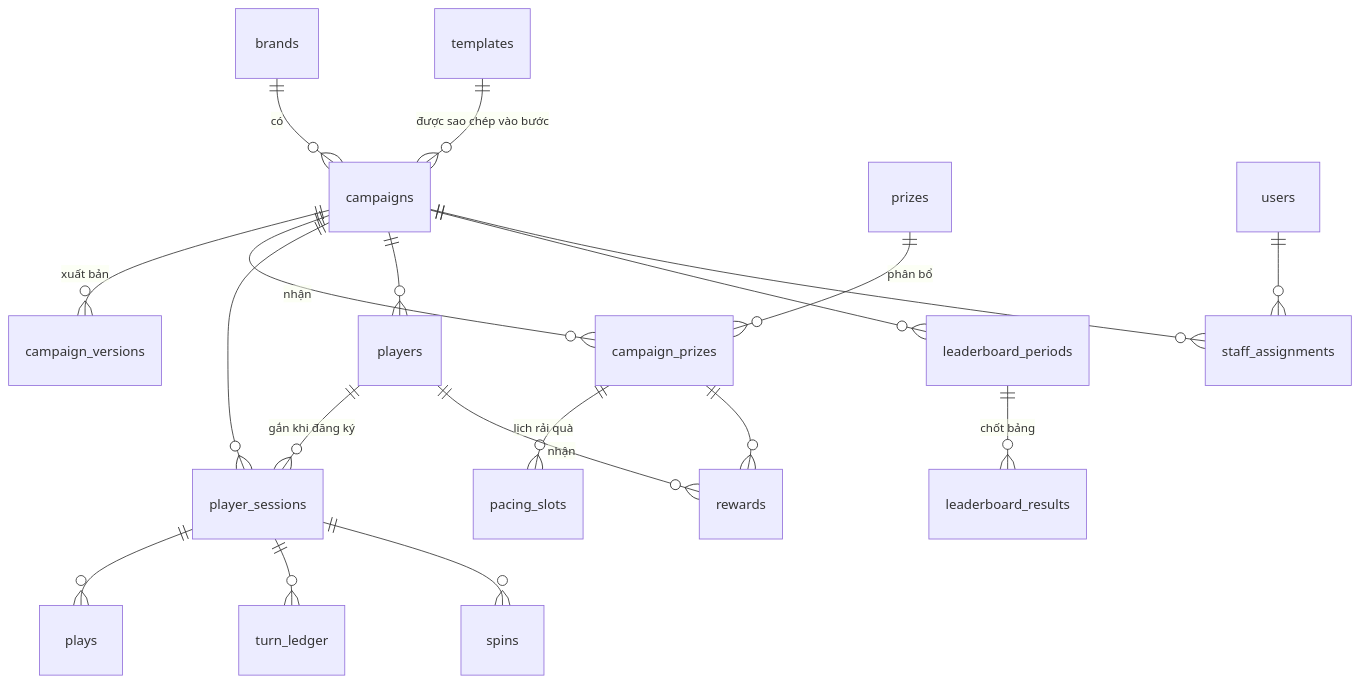
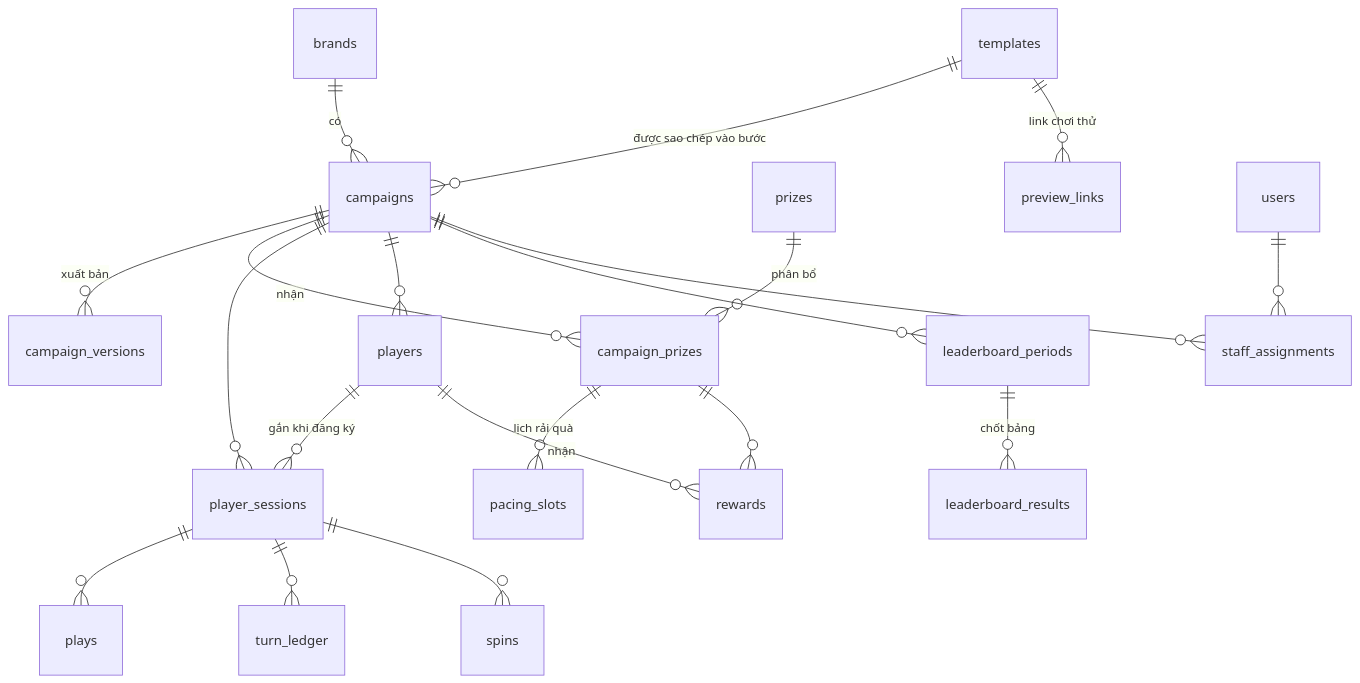
Before and after one commit to tungpt2607/game-hub: the diagram in docs/03-du-lieu.md, drawn with Mermaid. The commit also changed other lines of this file and 7 other files, not shown here.

First line of the commit message:
Thêm link chơi thử cho mỗi template

````diff
--- a/docs/03-du-lieu.md
+++ b/docs/03-du-lieu.md
@@ -7,21 +7,22 @@
 ```mermaid
 erDiagram
   brands ||--o{ campaigns : "có"
   templates ||--o{ campaigns : "được sao chép vào bước"
   campaigns ||--o{ campaign_versions : "xuất bản"
   prizes ||--o{ campaign_prizes : "phân bổ"
   campaigns ||--o{ campaign_prizes : "nhận"
   campaign_prizes ||--o{ pacing_slots : "lịch rải quà"
+  templates ||--o{ preview_links : "link chơi thử"
   campaigns ||--o{ player_sessions : ""
   campaigns ||--o{ players : ""
   players ||--o{ player_sessions : "gắn khi đăng ký"
   player_sessions ||--o{ plays : ""
   player_sessions ||--o{ turn_ledger : ""
   player_sessions ||--o{ spins : ""
   campaign_prizes ||--o{ rewards : ""
   players ||--o{ rewards : "nhận"
   campaigns ||--o{ leaderboard_periods : ""
   leaderboard_periods ||--o{ leaderboard_results : "chốt bảng"
   users ||--o{ staff_assignments : ""
   campaigns ||--o{ staff_assignments : ""
 ```
````
